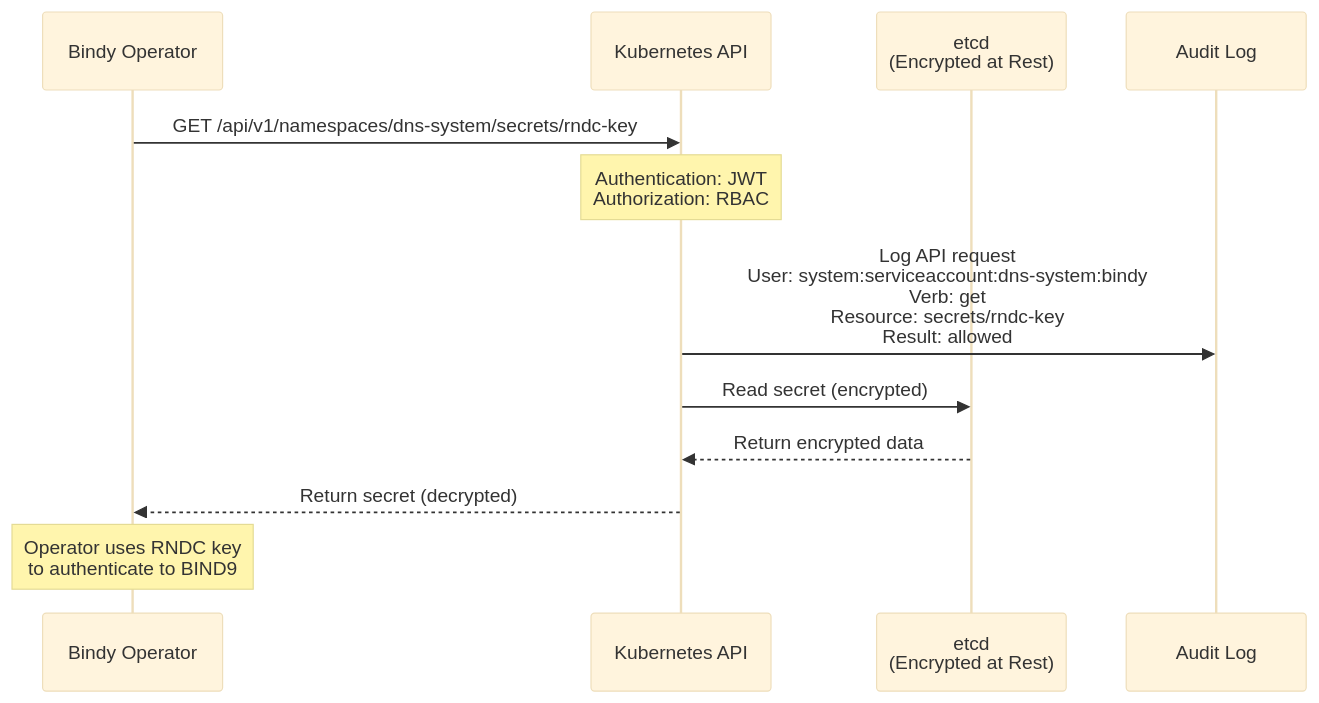
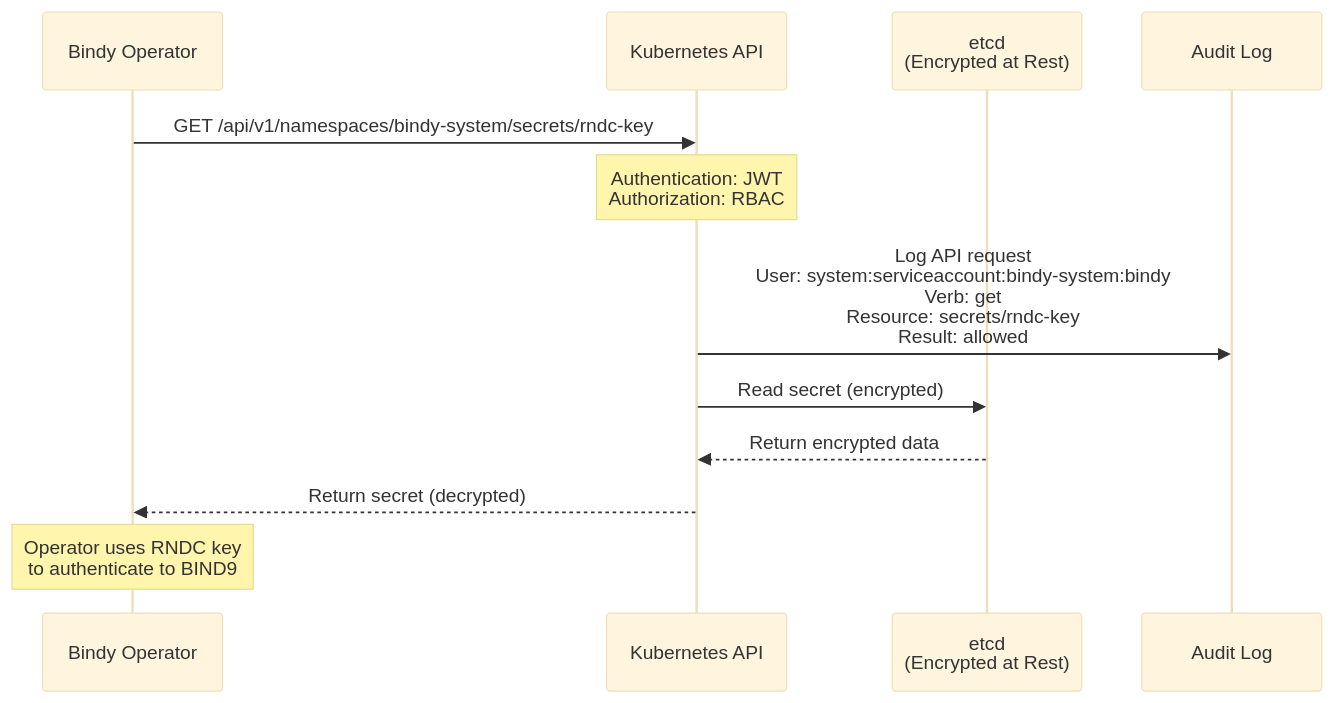
The third of 9 diagrams in docs/src/security/architecture.md (firestoned/bindy), drawn with Mermaid (base theme) before and after one commit. The commit also changed other lines of this file and 171 other files, not shown here.

Commit message:
Add support for remote cluster in scout and move to bindy-system namespace instead of dns-system throught code and docs

````diff
--- a/docs/src/security/architecture.md
+++ b/docs/src/security/architecture.md
@@ -228,15 +228,15 @@
 ```mermaid
 sequenceDiagram
     participant Ctrl as Bindy Operator
     participant K8s as Kubernetes API
     participant etcd as etcd<br/>(Encrypted at Rest)
     participant Audit as Audit Log
 
-    Ctrl->>K8s: GET /api/v1/namespaces/dns-system/secrets/rndc-key
+    Ctrl->>K8s: GET /api/v1/namespaces/bindy-system/secrets/rndc-key
     Note over K8s: Authentication: JWT<br/>Authorization: RBAC
-    K8s->>Audit: Log API request<br/>User: system:serviceaccount:dns-system:bindy<br/>Verb: get<br/>Resource: secrets/rndc-key<br/>Result: allowed
+    K8s->>Audit: Log API request<br/>User: system:serviceaccount:bindy-system:bindy<br/>Verb: get<br/>Resource: secrets/rndc-key<br/>Result: allowed
     K8s->>etcd: Read secret (encrypted)
     etcd-->>K8s: Return encrypted data
     K8s-->>Ctrl: Return secret (decrypted)
     Note over Ctrl: Operator uses RNDC key<br/>to authenticate to BIND9
 ```
````
